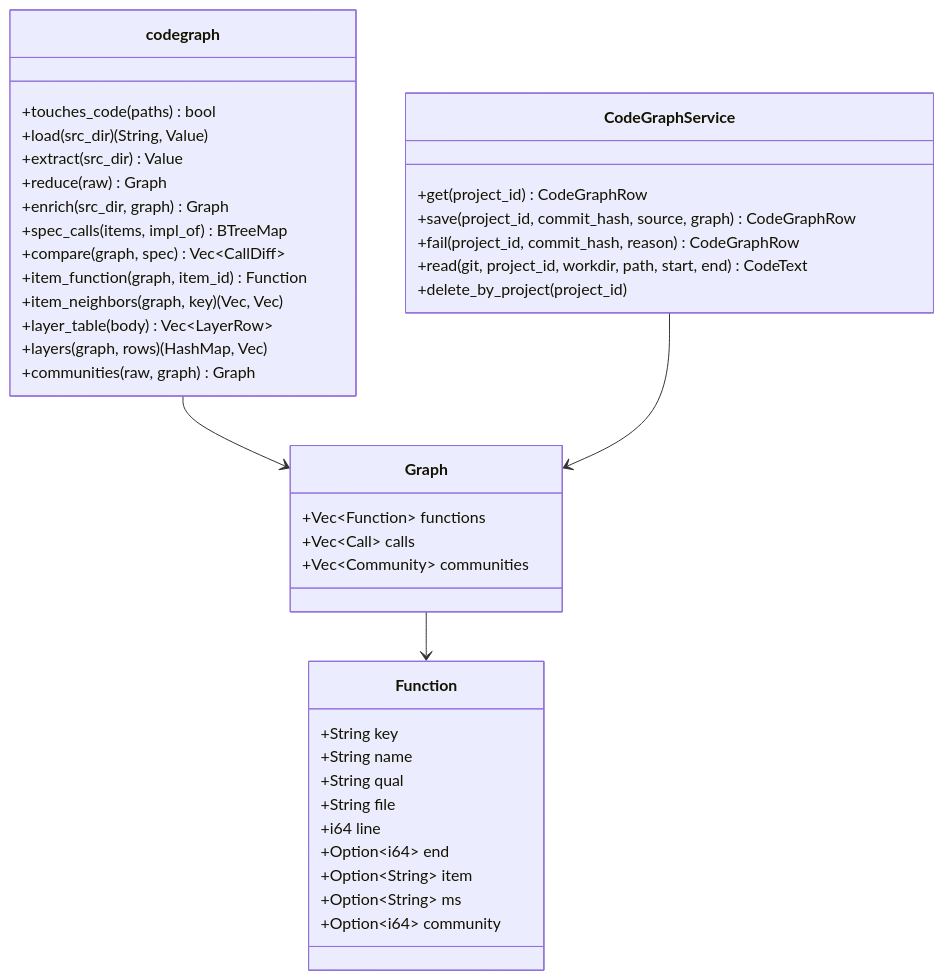
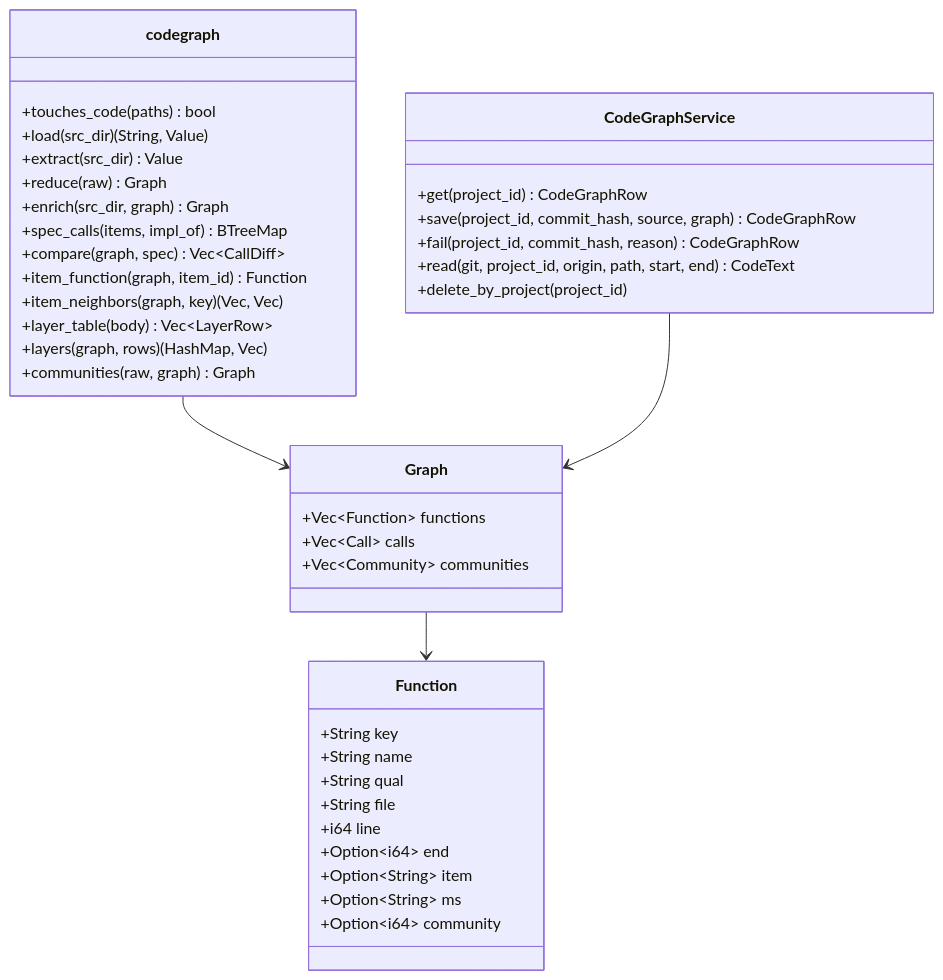
The ninth of 10 diagrams in docs/specs/06-DOM/SYNC-DOM-004.md (HoyoungParkme/syncdoc), drawn with Mermaid before and after one commit. The commit also changed other lines of this file and 37 other files, not shown here.

````diff
--- a/docs/specs/06-DOM/SYNC-DOM-004.md
+++ b/docs/specs/06-DOM/SYNC-DOM-004.md
@@ -804,43 +816,43 @@
 ```mermaid
 classDiagram
     class codegraph {
         +touches_code(paths) bool
         +load(src_dir) (String, Value)
         +extract(src_dir) Value
         +reduce(raw) Graph
         +enrich(src_dir, graph) Graph
         +spec_calls(items, impl_of) BTreeMap
         +compare(graph, spec) Vec~CallDiff~
         +item_function(graph, item_id) Function
         +item_neighbors(graph, key) (Vec, Vec)
         +layer_table(body) Vec~LayerRow~
         +layers(graph, rows) (HashMap, Vec)
         +communities(raw, graph) Graph
     }
     class Graph {
         +Vec~Function~ functions
         +Vec~Call~ calls
         +Vec~Community~ communities
     }
     class Function {
         +String key
         +String name
         +String qual
         +String file
         +i64 line
         +Option~i64~ end
         +Option~String~ item
         +Option~String~ ms
         +Option~i64~ community
     }
     class CodeGraphService {
         +get(project_id) CodeGraphRow
         +save(project_id, commit_hash, source, graph) CodeGraphRow
         +fail(project_id, commit_hash, reason) CodeGraphRow
-        +read(git, project_id, workdir, path, start, end) CodeText
+        +read(git, project_id, origin, path, start, end) CodeText
         +delete_by_project(project_id)
     }
     codegraph --> Graph
     Graph --> Function
     CodeGraphService --> Graph
 ```
````
